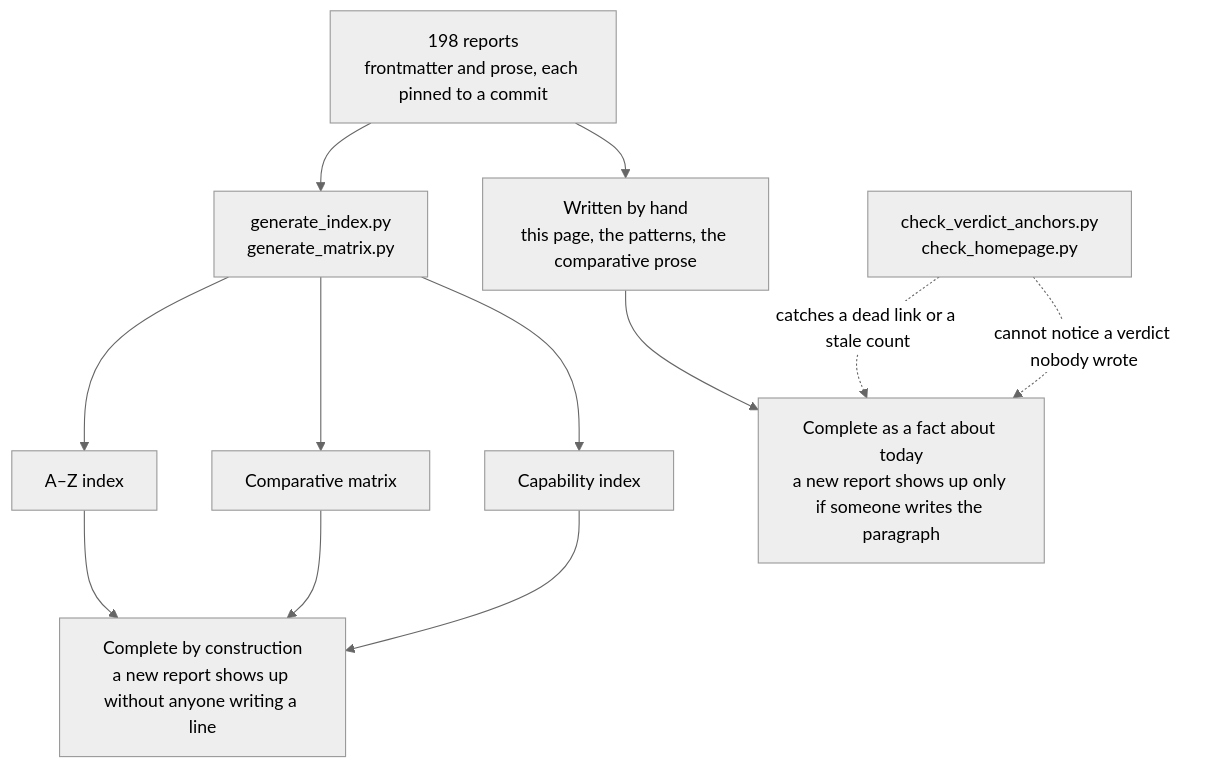
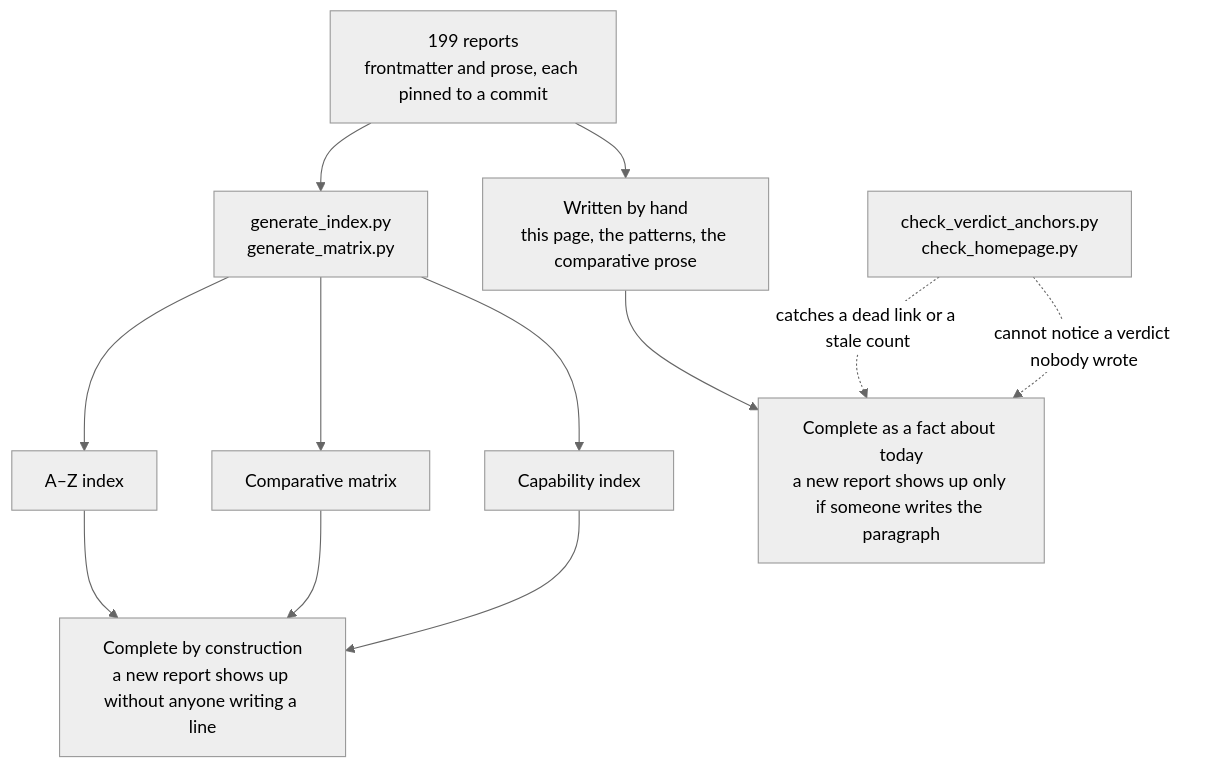
One commit to neoneye/agent-memory-atlas changed the diagram in content/verdicts.md. Above: the diagram before and after it, drawn with Mermaid (neutral theme). The commit also changed other lines of this file and 19 other files, not shown here.

````diff
--- a/content/verdicts.md
+++ b/content/verdicts.md
@@ -40,15 +40,15 @@
 ```mermaid
 flowchart TD
-    R["198 reports<br/>frontmatter and prose, each pinned to a commit"]
+    R["199 reports<br/>frontmatter and prose, each pinned to a commit"]
     R --> GEN["generate_index.py<br/>generate_matrix.py"]
     R --> HAND["Written by hand<br/>this page, the patterns, the comparative prose"]
     GEN --> AZ["A–Z index"]
     GEN --> MX["Comparative matrix"]
     GEN --> CI["Capability index"]
     AZ --> CONST["Complete by construction<br/>a new report shows up without anyone writing a line"]
     MX --> CONST
     CI --> CONST
     HAND --> TODAY["Complete as a fact about today<br/>a new report shows up only if someone writes the paragraph"]
     CHK["check_verdict_anchors.py<br/>check_homepage.py"] -.->|"catches a dead link or a stale count"| TODAY
     CHK -.->|"cannot notice a verdict nobody wrote"| TODAY
 ```
````
